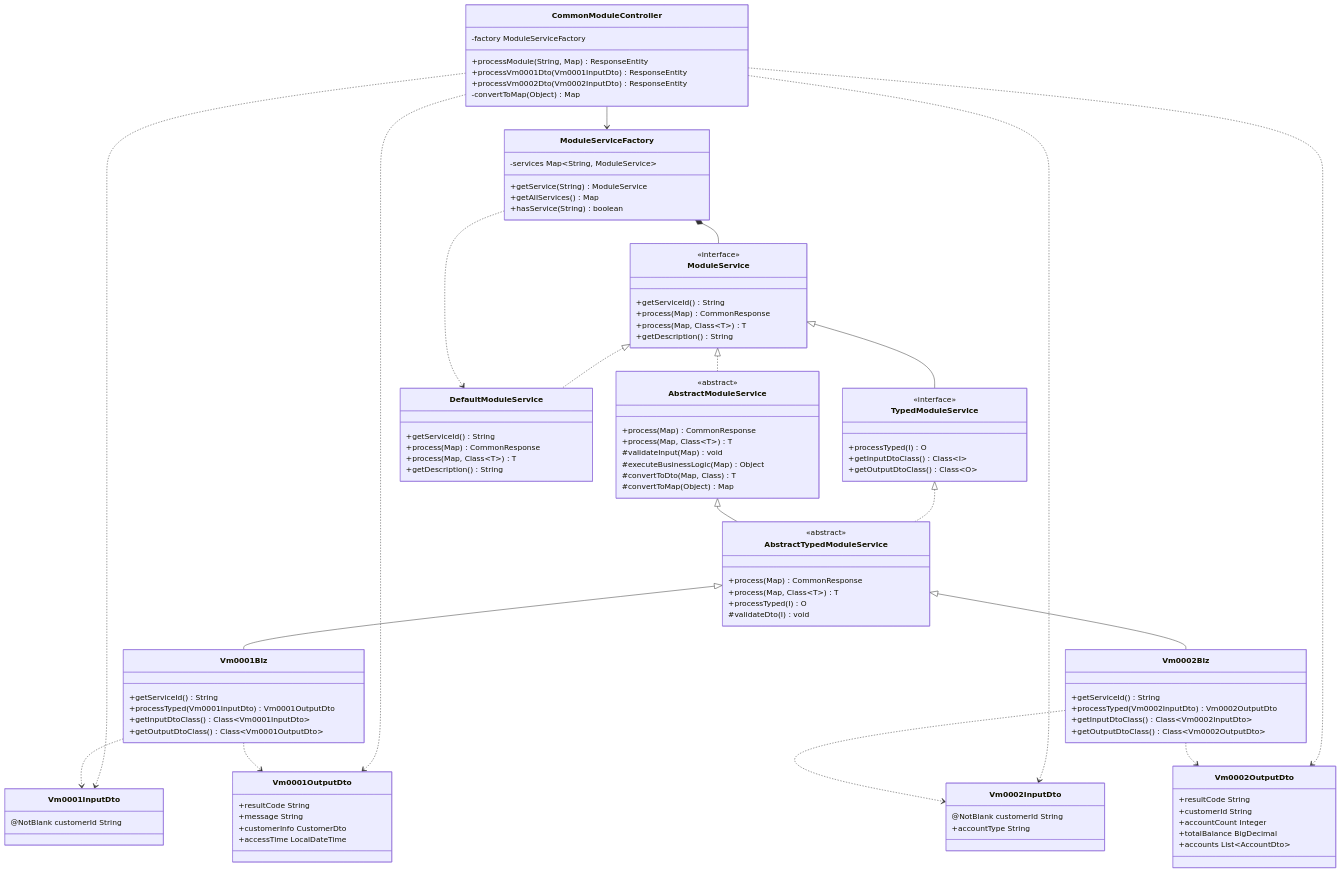
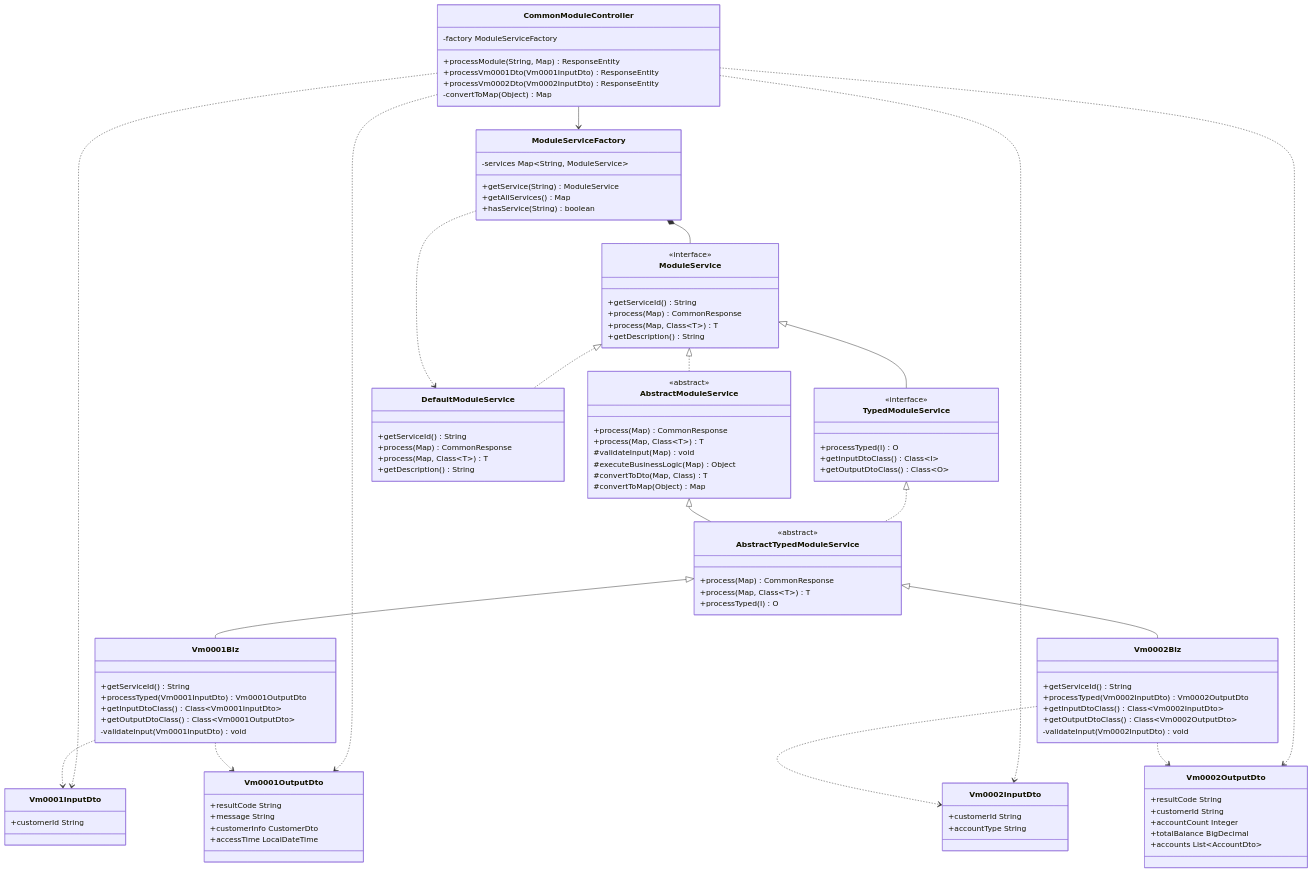
Before and after one commit to kubelin/wm-common: the first of 3 diagrams in README.md, drawn with Mermaid. The commit also changed other lines of this file, not shown here.

First line of the commit message:
docs: Update documentation to reflect validation architecture changes

```diff
--- a/README.md
+++ b/README.md
@@ -80,7 +80,6 @@
         +process(Map) CommonResponse
         +process(Map, Class~T~) T
         +processTyped(I) O
-        #validateDto(I) void
     }
     
     class Vm0001Biz {
@@ -88,6 +87,7 @@
         +processTyped(Vm0001InputDto) Vm0001OutputDto
         +getInputDtoClass() Class~Vm0001InputDto~
         +getOutputDtoClass() Class~Vm0001OutputDto~
+        -validateInput(Vm0001InputDto) void
     }
     
     class Vm0002Biz {
@@ -95,6 +95,7 @@
         +processTyped(Vm0002InputDto) Vm0002OutputDto
         +getInputDtoClass() Class~Vm0002InputDto~
         +getOutputDtoClass() Class~Vm0002OutputDto~
+        -validateInput(Vm0002InputDto) void
     }
     
     class ModuleServiceFactory {
@@ -120,7 +121,7 @@
     }
     
     class Vm0001InputDto {
-        @NotBlank customerId String
+        +customerId String
     }
     
     class Vm0001OutputDto {
@@ -131,7 +132,7 @@
     }
     
     class Vm0002InputDto {
-        @NotBlank customerId String
+        +customerId String
         +accountType String
     }
     
```
